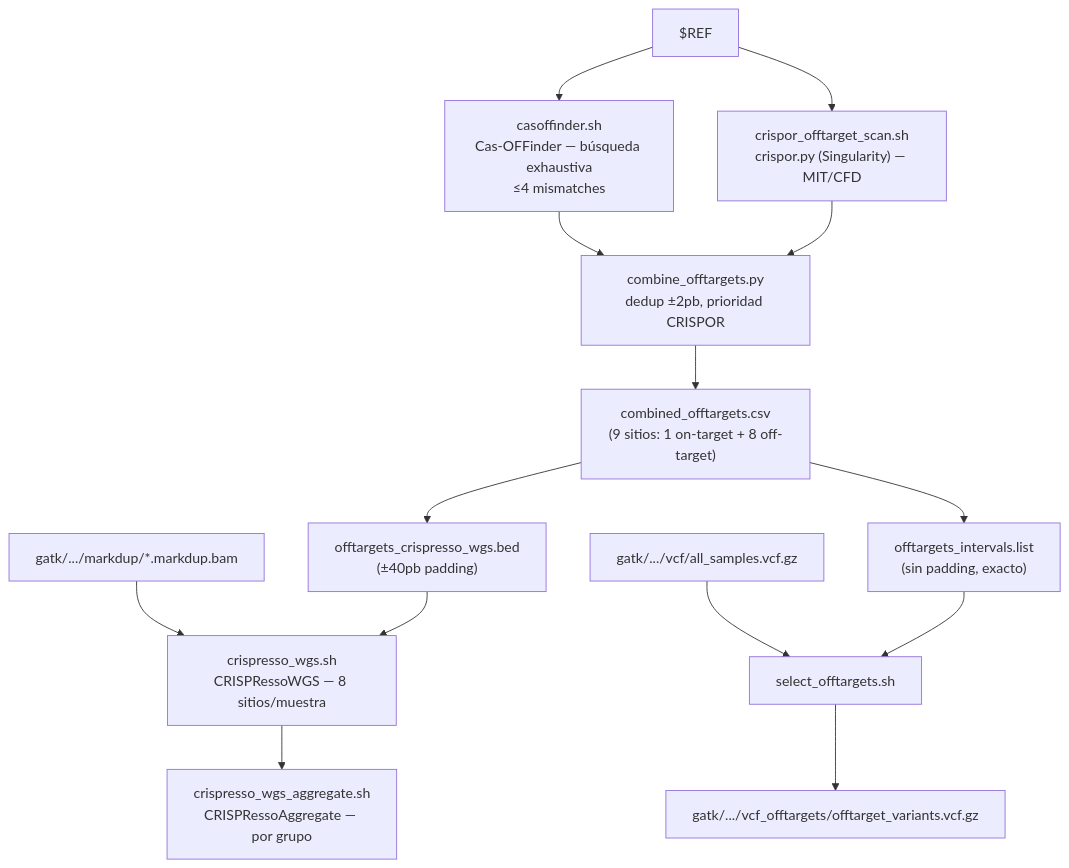
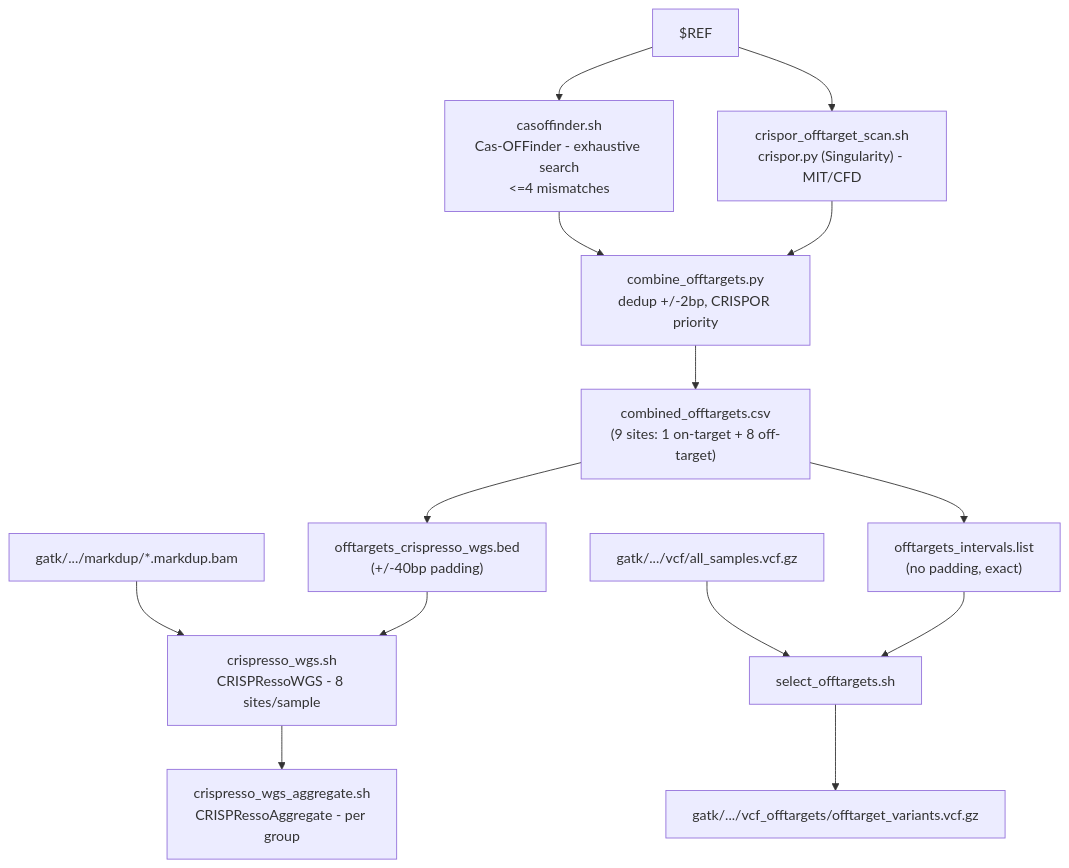
One commit to diegomartinez33/guppy-crispr-wgs-pipeline changed the fifth of 9 diagrams in docs/PIPELINE.md. Above: the diagram before and after it, drawn with Mermaid. The commit also changed other lines of this file and 11 other files, not shown here.

````diff
--- a/docs/PIPELINE.md
+++ b/docs/PIPELINE.md
@@ -209,16 +209,16 @@
 ```mermaid
 flowchart TD
-    REF["$REF"] --> CO["casoffinder.sh\nCas-OFFinder — búsqueda exhaustiva\n≤4 mismatches"]
-    REF --> CR["crispor_offtarget_scan.sh\ncrispor.py (Singularity) — MIT/CFD"]
-    CO --> COMB["combine_offtargets.py\ndedup ±2pb, prioridad CRISPOR"]
+    REF["$REF"] --> CO["casoffinder.sh\nCas-OFFinder - exhaustive search\n<=4 mismatches"]
+    REF --> CR["crispor_offtarget_scan.sh\ncrispor.py (Singularity) - MIT/CFD"]
+    CO --> COMB["combine_offtargets.py\ndedup +/-2bp, CRISPOR priority"]
     CR --> COMB
-    COMB --> CSV["combined_offtargets.csv\n(9 sitios: 1 on-target + 8 off-target)"]
-    CSV --> BED["offtargets_crispresso_wgs.bed\n(±40pb padding)"]
-    CSV --> INT["offtargets_intervals.list\n(sin padding, exacto)"]
-    MD["gatk/.../markdup/*.markdup.bam"] --> WGS["crispresso_wgs.sh\nCRISPRessoWGS — 8 sitios/muestra"]
+    COMB --> CSV["combined_offtargets.csv\n(9 sites: 1 on-target + 8 off-target)"]
+    CSV --> BED["offtargets_crispresso_wgs.bed\n(+/-40bp padding)"]
+    CSV --> INT["offtargets_intervals.list\n(no padding, exact)"]
+    MD["gatk/.../markdup/*.markdup.bam"] --> WGS["crispresso_wgs.sh\nCRISPRessoWGS - 8 sites/sample"]
     BED --> WGS
-    WGS --> AGG["crispresso_wgs_aggregate.sh\nCRISPRessoAggregate — por grupo"]
+    WGS --> AGG["crispresso_wgs_aggregate.sh\nCRISPRessoAggregate - per group"]
     VCF["gatk/.../vcf/all_samples.vcf.gz"] --> SOT["select_offtargets.sh"]
     INT --> SOT
     SOT --> OTVCF["gatk/.../vcf_offtargets/offtarget_variants.vcf.gz"]
 ```
````
